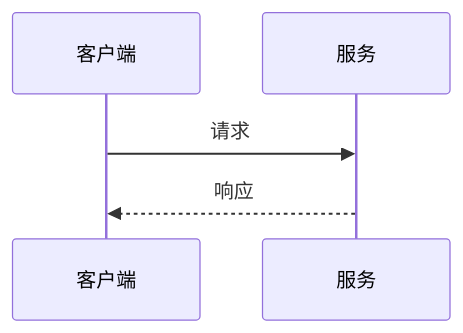
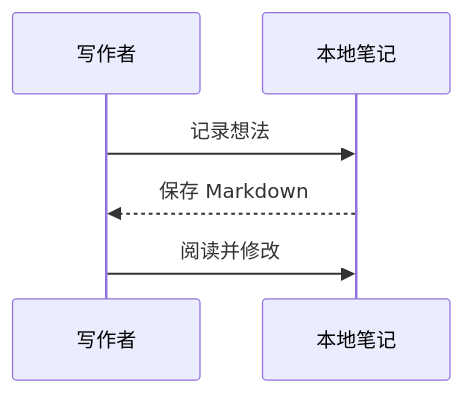
One commit to Yunz93/Mozi changed the second of 3 diagrams in src-tauri/resources/sample-notes/01-Markdown-语法示例.md. Above: the diagram before and after it, drawn with Mermaid. The commit also changed other lines of this file and 67 other files, not shown here.

````diff
--- a/src-tauri/resources/sample-notes/01-Markdown-语法示例.md
+++ b/src-tauri/resources/sample-notes/01-Markdown-语法示例.md
@@ -146,7 +142,8 @@
 ```mermaid
 sequenceDiagram
-  participant A as 客户端
-  participant B as 服务
-  A->>B: 请求
-  B-->>A: 响应
+  participant W as 写作者
+  participant N as 本地笔记
+  W->>N: 记录想法
+  N-->>W: 保存 Markdown
+  W->>N: 阅读并修改
 ```
````
